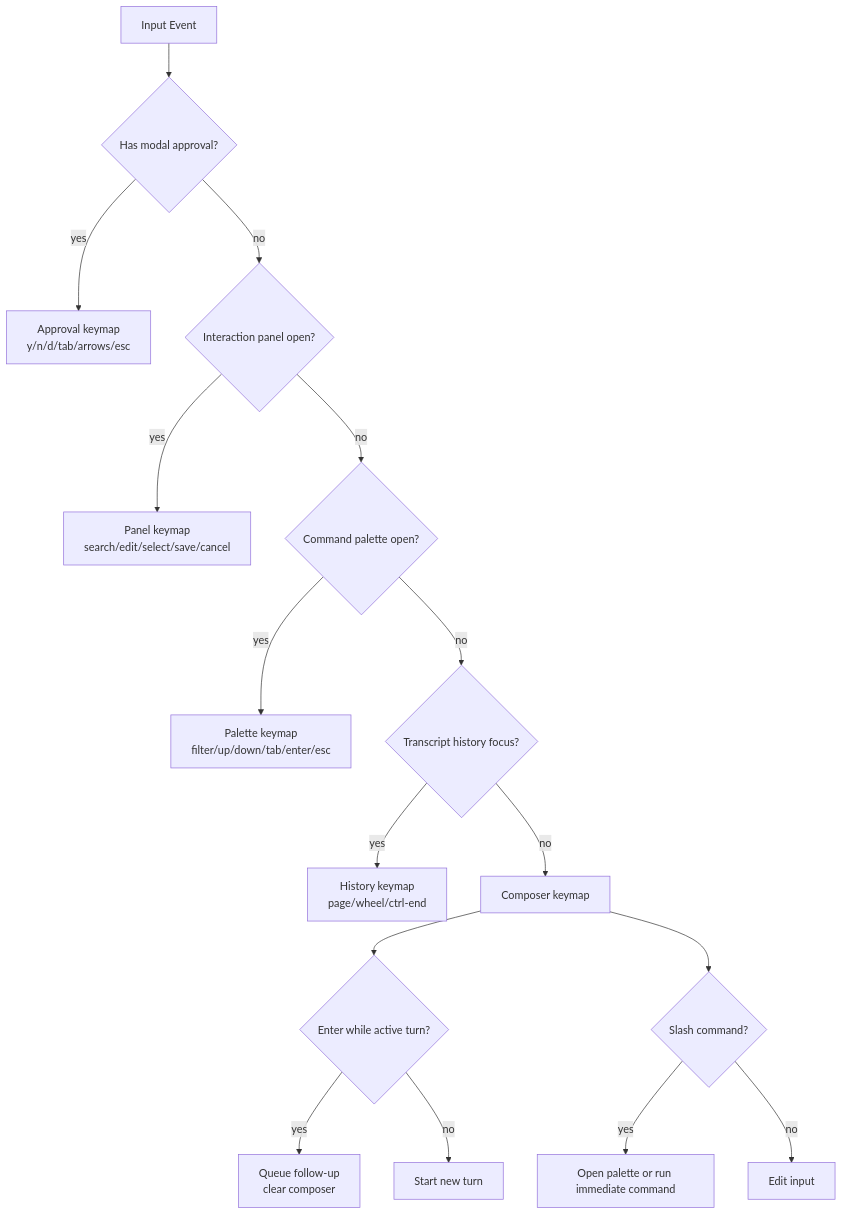
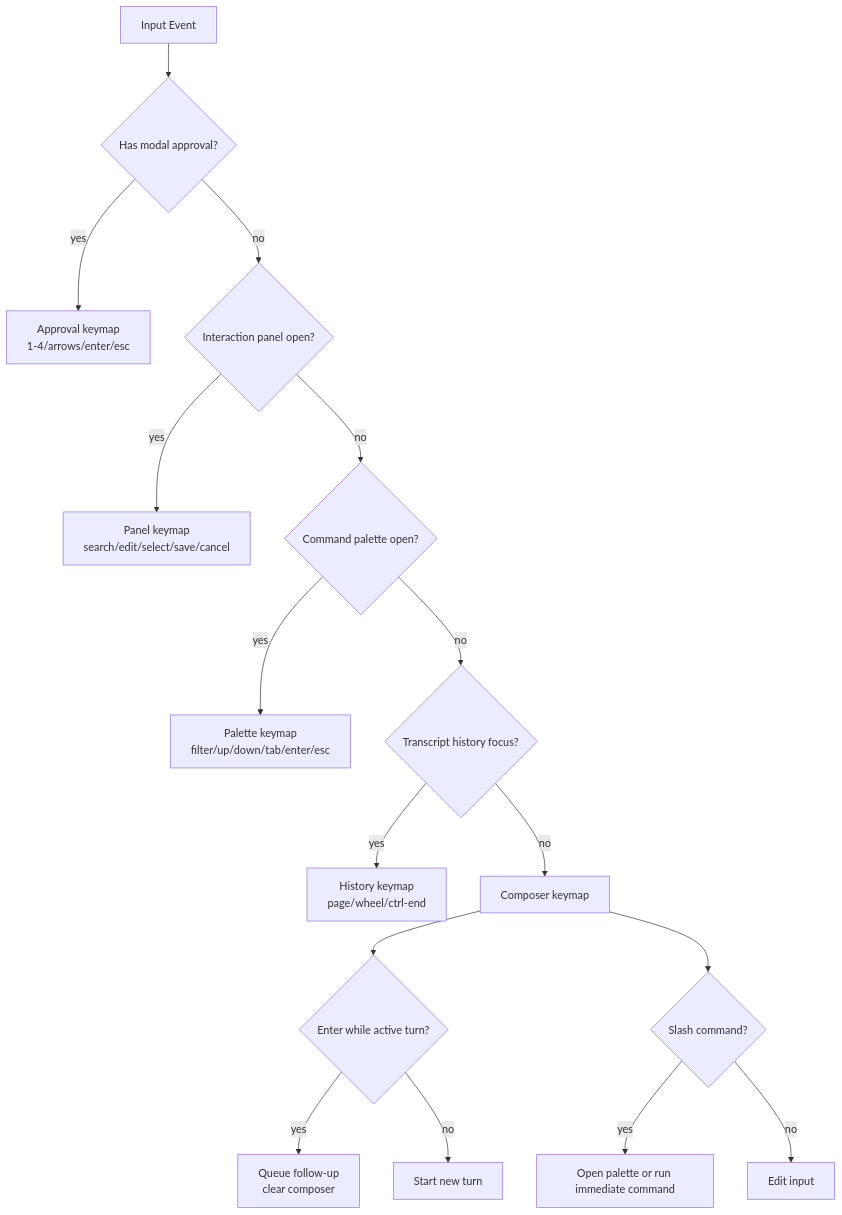
The third of 10 diagrams in docs/tui-interaction-flow-design.md (wikieden/robocode), drawn with Mermaid before and after one commit. The commit also changed other lines of this file and 18 other files, not shown here.

````diff
--- a/docs/tui-interaction-flow-design.md
+++ b/docs/tui-interaction-flow-design.md
@@ -117,19 +120,19 @@
 ```mermaid
 flowchart TD
     A["Input Event"] --> B{"Has modal approval?"}
-    B -->|yes| C["Approval keymap<br/>y/n/d/tab/arrows/esc"]
+    B -->|yes| C["Approval keymap<br/>1-4/arrows/enter/esc"]
     B -->|no| D{"Interaction panel open?"}
     D -->|yes| E["Panel keymap<br/>search/edit/select/save/cancel"]
     D -->|no| F{"Command palette open?"}
     F -->|yes| G["Palette keymap<br/>filter/up/down/tab/enter/esc"]
     F -->|no| H{"Transcript history focus?"}
     H -->|yes| I["History keymap<br/>page/wheel/ctrl-end"]
     H -->|no| J["Composer keymap"]
 
     J --> K{"Enter while active turn?"}
     K -->|yes| L["Queue follow-up<br/>clear composer"]
     K -->|no| M["Start new turn"]
     J --> N{"Slash command?"}
     N -->|yes| O["Open palette or run immediate command"]
     N -->|no| P["Edit input"]
 ```
````
